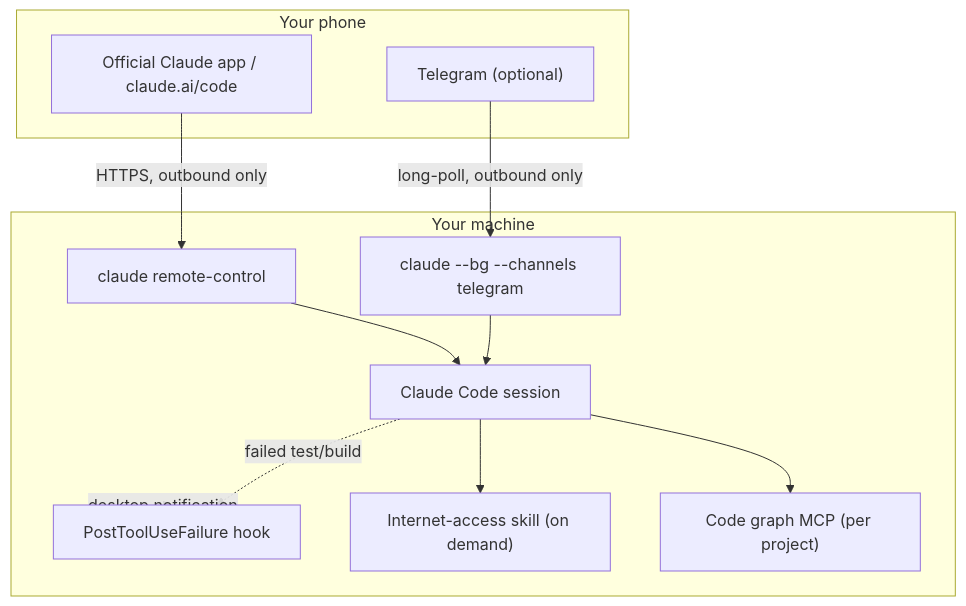
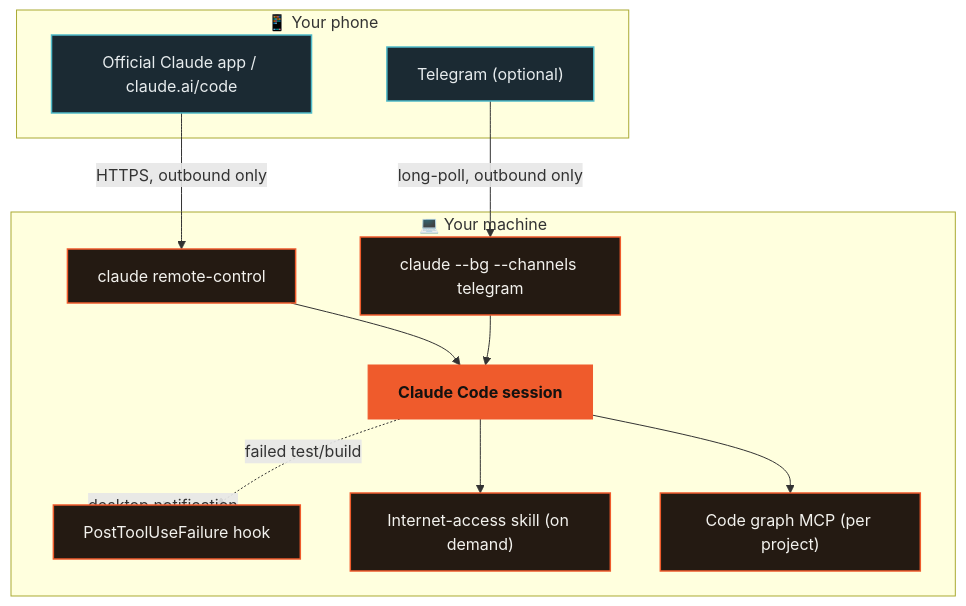
Before and after one commit to adro0303/overclaude: the diagram in README.md, drawn with Mermaid. The commit also changed other lines of this file and 1 other file, not shown here.

First line of the commit message:
Make the README visual: SVG banner, badges, colored architecture diagram

````diff
--- a/README.md
+++ b/README.md
@@ -42,25 +60,32 @@
 ```mermaid
 flowchart TB
-    subgraph Mobile["Your phone"]
+    subgraph Mobile["📱 Your phone"]
         App["Official Claude app / claude.ai/code"]
         TG["Telegram (optional)"]
     end
 
-    subgraph PC["Your machine"]
+    subgraph PC["💻 Your machine"]
         RC["claude remote-control"]
         CH["claude --bg --channels telegram"]
         Hook["PostToolUseFailure hook"]
         CBM["Code graph MCP (per project)"]
         AR["Internet-access skill (on demand)"]
         Claude["Claude Code session"]
     end
 
     App -- "HTTPS, outbound only" --> RC
     TG -- "long-poll, outbound only" --> CH
     RC --> Claude
     CH --> Claude
     Claude --> CBM
     Claude --> AR
     Claude -. "failed test/build" .-> Hook
     Hook -. "desktop notification" .-> PC
+
+    classDef mobile fill:#1b2a33,stroke:#4fbac9,stroke-width:1.5px,color:#e7ecee
+    classDef machine fill:#241a12,stroke:#ef5b2c,stroke-width:1.5px,color:#f3f2ee
+    classDef core fill:#ef5b2c,stroke:#ef5b2c,color:#141210,font-weight:bold
+    class App,TG mobile
+    class RC,CH,Hook,CBM,AR machine
+    class Claude core
 ```
````
